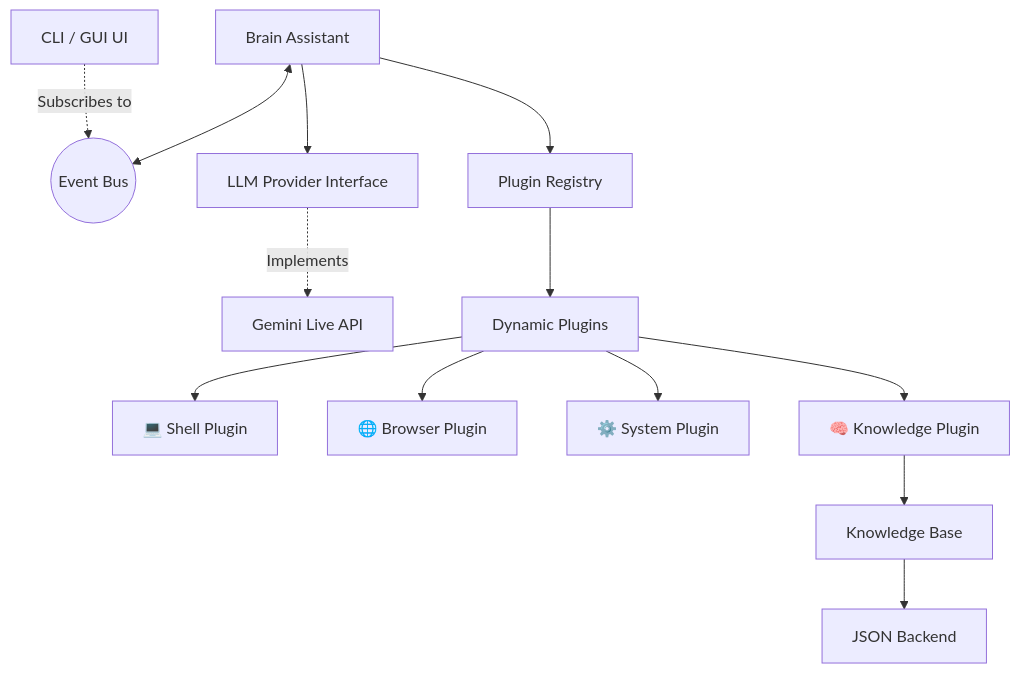
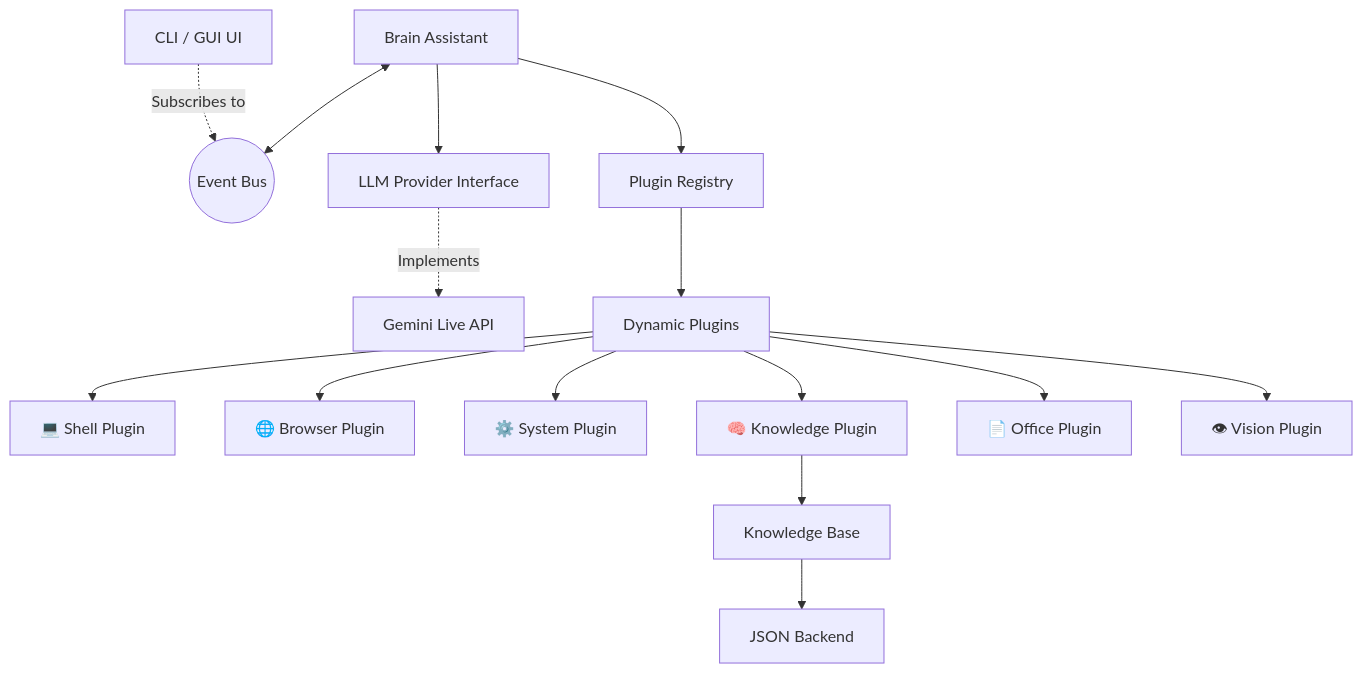
One commit to jonathanriffo27/ubuntu-voice-agent changed the diagram in README.md. Above: the diagram before and after it, drawn with Mermaid. The commit also changed other lines of this file and 40 other files, not shown here.

````diff
--- a/README.md
+++ b/README.md
@@ -34,19 +34,21 @@
 ```mermaid
 graph TD
     UI[CLI / GUI UI] -. Subscribes to .-> EventBus((Event Bus))
     Brain[Brain Assistant] <--> EventBus
     
     Brain --> Provider[LLM Provider Interface]
     Provider -. Implements .-> Gemini[Gemini Live API]
     
     Brain --> Registry[Plugin Registry]
     Registry --> Plugins[Dynamic Plugins]
     
     Plugins --> Shell[💻 Shell Plugin]
     Plugins --> Browser[🌐 Browser Plugin]
     Plugins --> System[⚙️ System Plugin]
     Plugins --> KnowledgePlug[🧠 Knowledge Plugin]
+    Plugins --> OfficePlug[📄 Office Plugin]
+    Plugins --> VisionPlug[👁 Vision Plugin]
     
     KnowledgePlug --> KnowledgeManager[Knowledge Base]
     KnowledgeManager --> JSON[JSON Backend]
 ```
````
